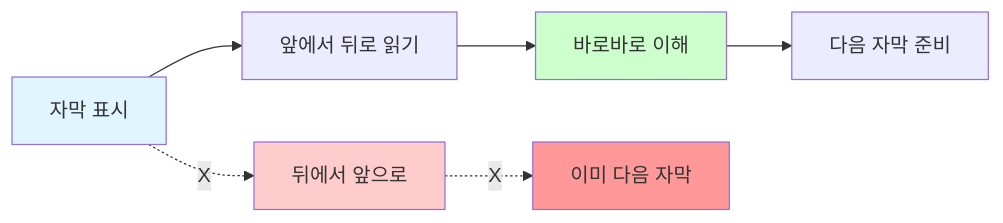
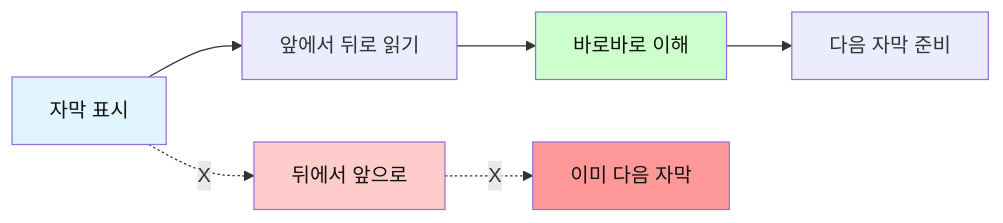
Before and after one commit to Collegenie-X/AI-English: the third of 7 diagrams in 영어_독해/02_자막_독해_패턴.md, drawn with Mermaid. The commit also changed other lines of this file and 26 other files, not shown here.

````diff
--- a/영어_독해/02_자막_독해_패턴.md
+++ b/영어_독해/02_자막_독해_패턴.md
@@ -65,14 +65,14 @@
 ```mermaid
 flowchart LR
     A[자막 표시] --> B[앞에서 뒤로 읽기]
     B --> C[바로바로 이해]
     C --> D[다음 자막 준비]
     
     A -.X.-> E[뒤에서 앞으로]
     E -.X.-> F[이미 다음 자막]
     
-    style A fill:#e1f5ff
-    style C fill:#ccffcc
-    style E fill:#ffcccc
-    style F fill:#ff9999
+    style A fill:#e1f5ff,color:#111
+    style C fill:#ccffcc,color:#111
+    style E fill:#ffcccc,color:#111
+    style F fill:#ff9999,color:#111
 ```
````
